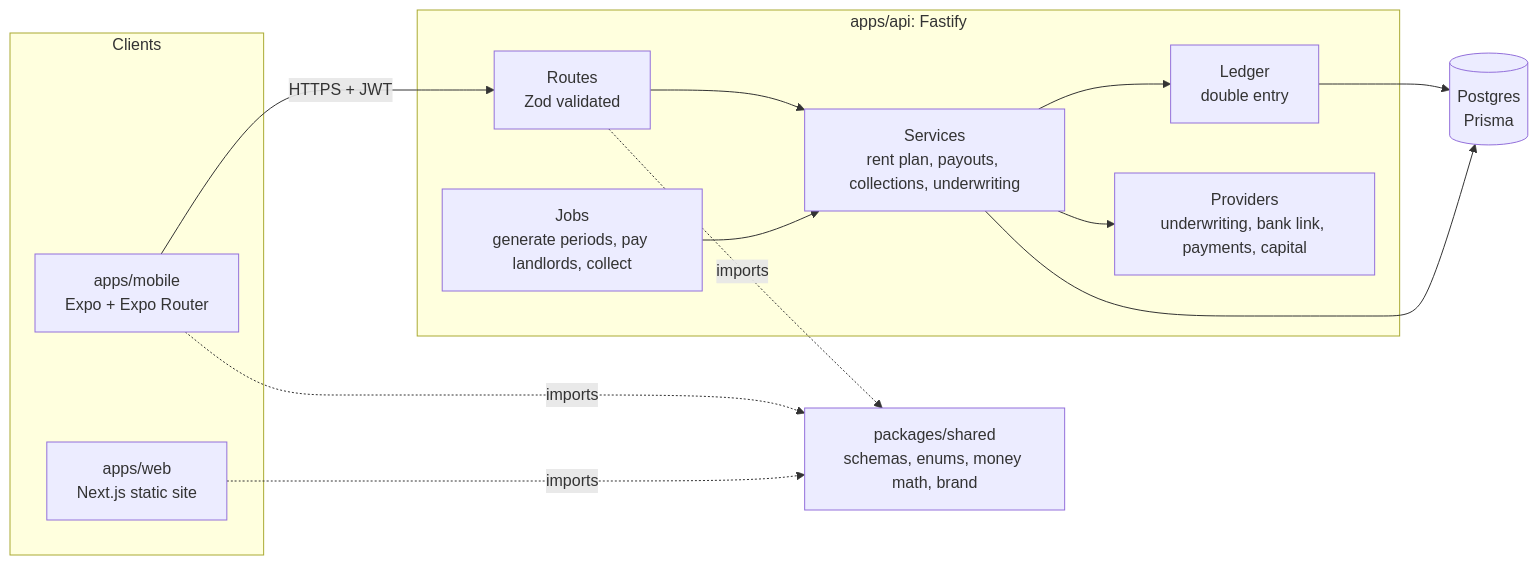
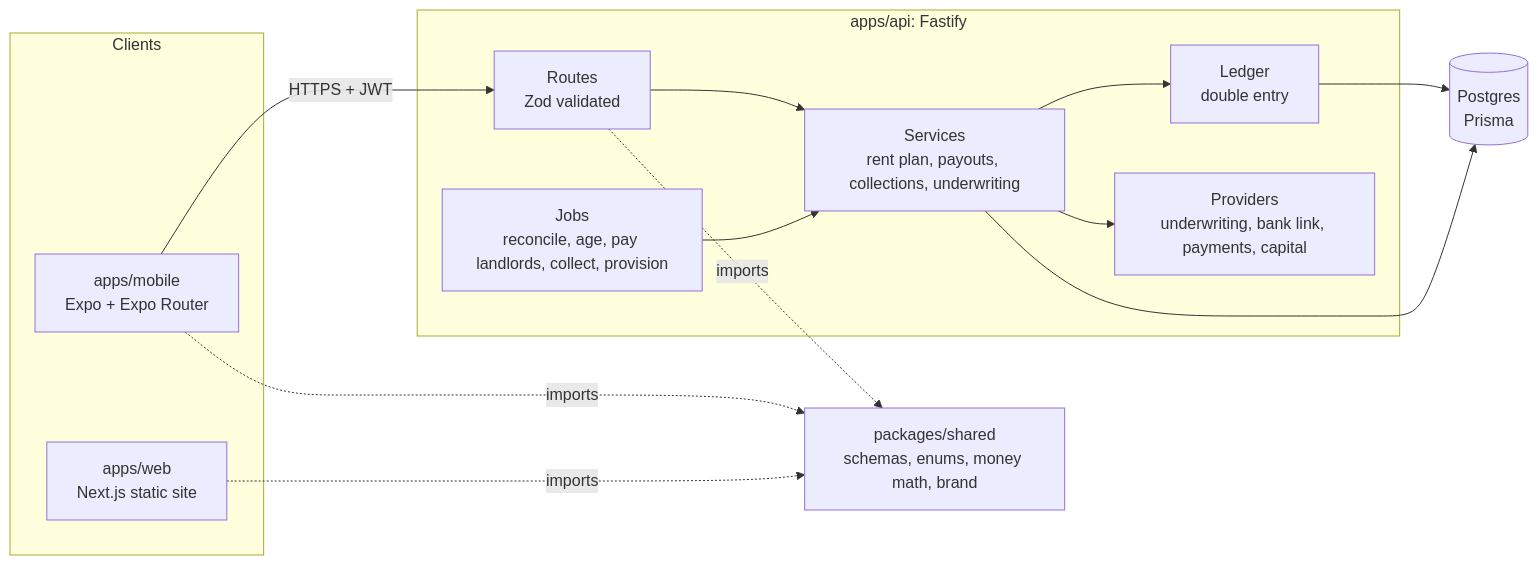
One commit to trevorfrese/cashflow changed the first of 2 diagrams in ARCHITECTURE.md. Above: the diagram before and after it, drawn with Mermaid. The commit also changed other lines of this file and 62 other files, not shown here.

````diff
--- a/ARCHITECTURE.md
+++ b/ARCHITECTURE.md
@@ -8,26 +8,26 @@
 ```mermaid
 flowchart LR
   subgraph Clients
     M[apps/mobile<br/>Expo + Expo Router]
     W[apps/web<br/>Next.js static site]
   end
   subgraph API[apps/api: Fastify]
     R[Routes<br/>Zod validated]
     S[Services<br/>rent plan, payouts, collections, underwriting]
     L[Ledger<br/>double entry]
-    J[Jobs<br/>generate periods, pay landlords, collect]
+    J[Jobs<br/>reconcile, age, pay landlords, collect, provision]
     P[Providers<br/>underwriting, bank link, payments, capital]
   end
   DB[(Postgres<br/>Prisma)]
   SH[packages/shared<br/>schemas, enums, money math, brand]
   M -->|HTTPS + JWT| R
   R --> S
   J --> S
   S --> L
   S --> P
   L --> DB
   S --> DB
   M -.imports.-> SH
   R -.imports.-> SH
   W -.imports.-> SH
 ```
````
